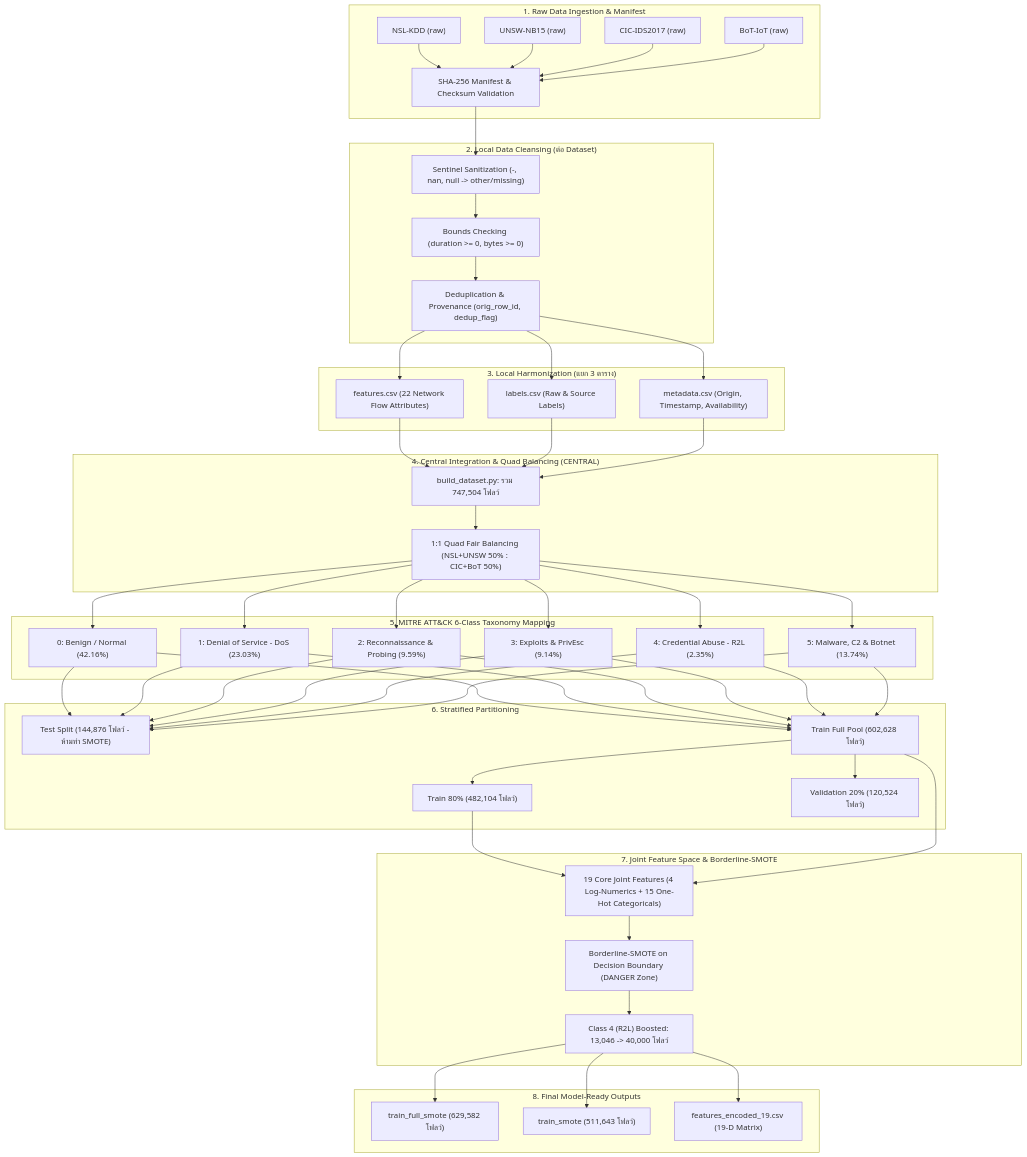
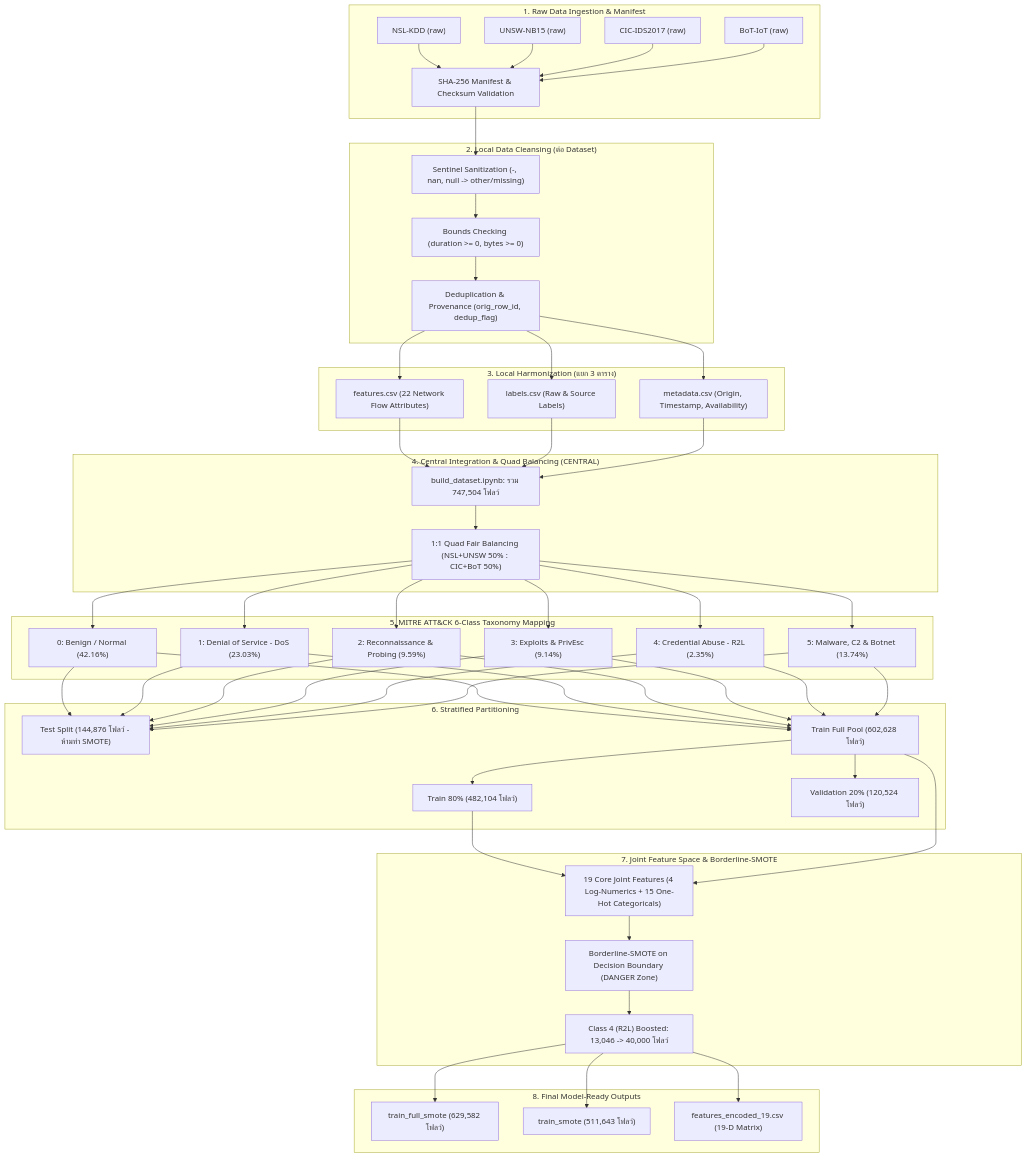
The diagram in data_journey.md (kokonj456-dotcom/CSI-ML-Network-Traffic-Detection), drawn with Mermaid before and after one commit. The commit also changed other lines of this file and 17 other files, not shown here.

````diff
--- a/data_journey.md
+++ b/data_journey.md
@@ -9,77 +9,77 @@
 ```mermaid
 flowchart TD
     subgraph S1["1. Raw Data Ingestion & Manifest"]
         R1["NSL-KDD (raw)"]
         R2["UNSW-NB15 (raw)"]
         R3["CIC-IDS2017 (raw)"]
         R4["BoT-IoT (raw)"]
         M1["SHA-256 Manifest & Checksum Validation"]
         R1 --> M1
         R2 --> M1
         R3 --> M1
         R4 --> M1
     end
 
     subgraph S2["2. Local Data Cleansing (ต่อ Dataset)"]
         C1["Sentinel Sanitization (-, nan, null -> other/missing)"]
         C2["Bounds Checking (duration >= 0, bytes >= 0)"]
         C3["Deduplication & Provenance (orig_row_id, dedup_flag)"]
         M1 --> C1 --> C2 --> C3
     end
 
     subgraph S3["3. Local Harmonization (แยก 3 ตาราง)"]
         H1["features.csv (22 Network Flow Attributes)"]
         H2["labels.csv (Raw & Source Labels)"]
         H3["metadata.csv (Origin, Timestamp, Availability)"]
         C3 --> H1
         C3 --> H2
         C3 --> H3
     end
 
     subgraph S4["4. Central Integration & Quad Balancing (CENTRAL)"]
-        B1["build_dataset.py: รวม 747,504 โฟลว์"]
+        B1["build_dataset.ipynb: รวม 747,504 โฟลว์"]
         H1 --> B1
         H2 --> B1
         H3 --> B1
         Q1["1:1 Quad Fair Balancing (NSL+UNSW 50% : CIC+BoT 50%)"]
         B1 --> Q1
     end
 
     subgraph S5["5. MITRE ATT&CK 6-Class Taxonomy Mapping"]
         T1["0: Benign / Normal (42.16%)"]
         T2["1: Denial of Service - DoS (23.03%)"]
         T3["2: Reconnaissance & Probing (9.59%)"]
         T4["3: Exploits & PrivEsc (9.14%)"]
         T5["4: Credential Abuse - R2L (2.35%)"]
         T6["5: Malware, C2 & Botnet (13.74%)"]
         Q1 --> T1 & T2 & T3 & T4 & T5 & T6
     end
 
     subgraph S6["6. Stratified Partitioning"]
         SP1["Test Split (144,876 โฟลว์ - ห้ามทำ SMOTE)"]
         SP2["Train Full Pool (602,628 โฟลว์)"]
         SP3["Train 80% (482,104 โฟลว์)"]
         SP4["Validation 20% (120,524 โฟลว์)"]
         T1 & T2 & T3 & T4 & T5 & T6 --> SP1
         T1 & T2 & T3 & T4 & T5 & T6 --> SP2
         SP2 --> SP3 & SP4
     end
 
     subgraph S7["7. Joint Feature Space & Borderline-SMOTE"]
         F1["19 Core Joint Features (4 Log-Numerics + 15 One-Hot Categoricals)"]
         SM1["Borderline-SMOTE on Decision Boundary (DANGER Zone)"]
         SM2["Class 4 (R2L) Boosted: 13,046 -> 40,000 โฟลว์"]
         SP3 --> F1
         SP2 --> F1
         F1 --> SM1 --> SM2
     end
 
     subgraph S8["8. Final Model-Ready Outputs"]
         OUT1["train_full_smote (629,582 โฟลว์)"]
         OUT2["train_smote (511,643 โฟลว์)"]
         OUT3["features_encoded_19.csv (19-D Matrix)"]
         SM2 --> OUT1
         SM2 --> OUT2
         SM2 --> OUT3
     end
 ```
````
